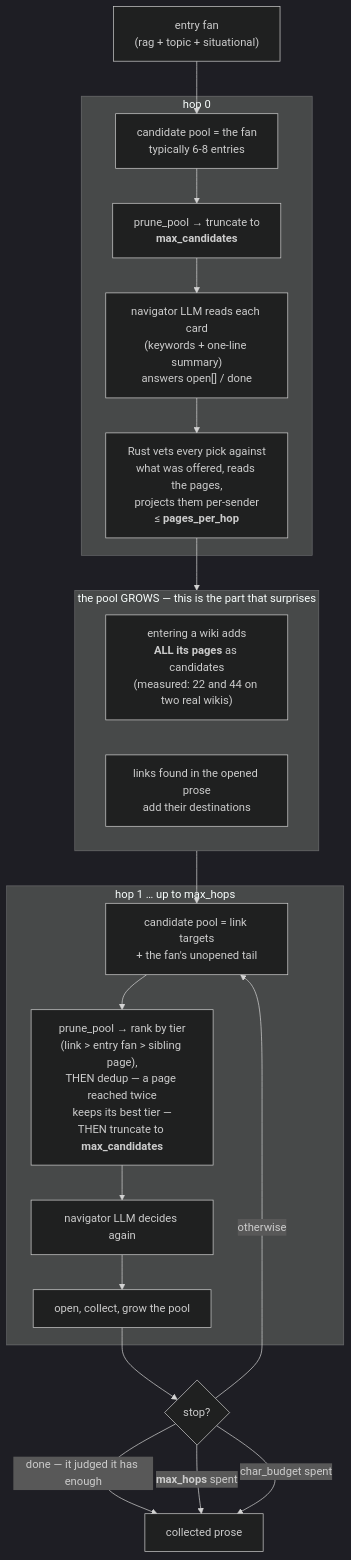
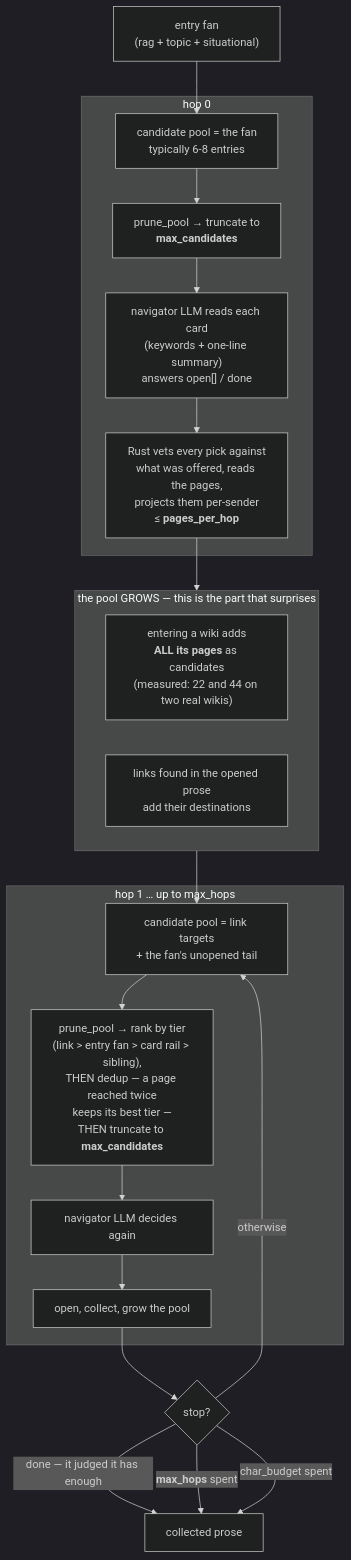
One commit to Fr4nZ82/mwe-mcp changed the second of 2 diagrams in docs/design-notes/recall-pipeline.md. Above: the diagram before and after it, drawn with Mermaid (dark theme). The commit also changed other lines of this file and 7 other files, not shown here.

First line of the commit message:
feat(recall): a door was described by its wiki, and a served card led nowhere

````diff
--- a/docs/design-notes/recall-pipeline.md
+++ b/docs/design-notes/recall-pipeline.md
@@ -78,33 +78,33 @@
 ```mermaid
 flowchart TB
     FAN["entry fan<br/>(rag + topic + situational)"] --> POOL0
 
     subgraph H0["hop 0"]
         POOL0["candidate pool = the fan<br/>typically 6-8 entries"]
         POOL0 --> PRUNE0["prune_pool → truncate to<br/><b>max_candidates</b>"]
         PRUNE0 --> LLM0["navigator LLM reads each card<br/>(keywords + one-line summary)<br/>answers open[] / done"]
         LLM0 --> OPEN0["Rust vets every pick against<br/>what was offered, reads the pages,<br/>projects them per-sender<br/>≤ <b>pages_per_hop</b>"]
     end
 
     OPEN0 --> GROW
 
     subgraph GROW["the pool GROWS — this is the part that surprises"]
         G1["entering a wiki adds<br/><b>ALL its pages</b> as candidates<br/>(measured: 22 and 44 on two real wikis)"]
         G2["links found in the opened prose<br/>add their destinations"]
     end
 
     GROW --> POOL1
 
     subgraph H1["hop 1 … up to max_hops"]
         POOL1["candidate pool = link targets<br/>+ the fan's unopened tail"]
-        POOL1 --> PRUNE1["prune_pool → rank by tier<br/>(link &gt; entry fan &gt; sibling page),<br/>THEN dedup — a page reached twice<br/>keeps its best tier —<br/>THEN truncate to <b>max_candidates</b>"]
+        POOL1 --> PRUNE1["prune_pool → rank by tier<br/>(link &gt; entry fan &gt; card rail &gt; sibling),<br/>THEN dedup — a page reached twice<br/>keeps its best tier —<br/>THEN truncate to <b>max_candidates</b>"]
         PRUNE1 --> LLM1["navigator LLM decides again"]
         LLM1 --> OPEN1["open, collect, grow the pool"]
     end
 
     OPEN1 --> STOP{"stop?"}
     STOP -->|"done — it judged it has enough"| OUT["collected prose"]
     STOP -->|"<b>max_hops</b> spent"| OUT
     STOP -->|"char_budget spent"| OUT
     STOP -->|"otherwise"| POOL1
 ```
````
